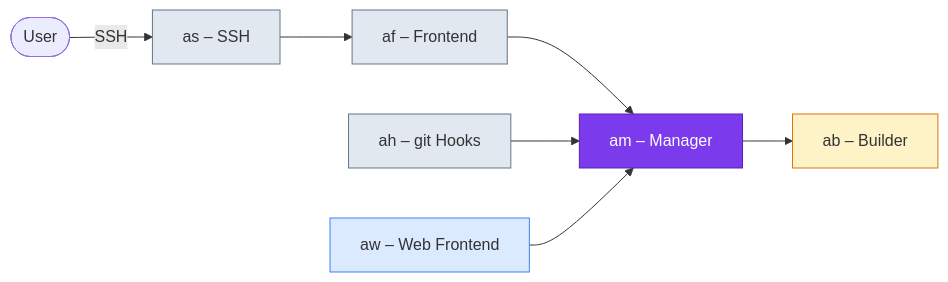
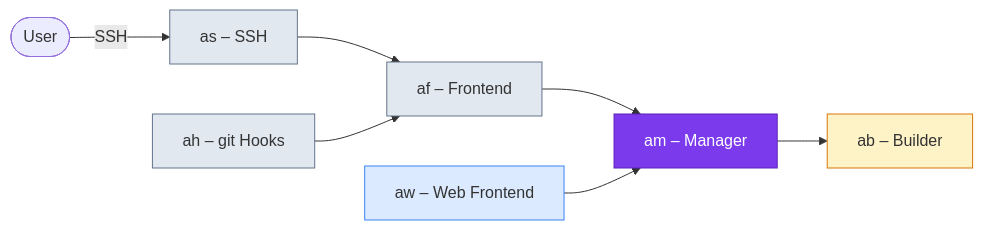
The diagram in docs/index.md (Applikant/Applikant.github.io), drawn with Mermaid before and after one commit. The commit also changed other lines of this file and 6 other files, not shown here.

Commit message:
align architecture with code (ah via af), add evolving-design notice

````diff
--- a/docs/index.md
+++ b/docs/index.md
@@ -18,16 +19,16 @@
 ```mermaid
 graph LR
     User([User]) -->|SSH| as[as – SSH]
     as --> af[af – Frontend]
+    ah[ah – git Hooks] --> af
     af --> am[am – Manager]
-    ah[ah – git Hooks] --> am
     aw[aw – Web Frontend] --> am
     am --> ab[ab – Builder]
 
     style am fill:#7c3aed,color:#fff,stroke:#5b21b6
     style as fill:#e2e8f0,stroke:#64748b
     style af fill:#e2e8f0,stroke:#64748b
     style ah fill:#e2e8f0,stroke:#64748b
     style aw fill:#dbeafe,stroke:#3b82f6
     style ab fill:#fef3c7,stroke:#d97706
 ```
````
